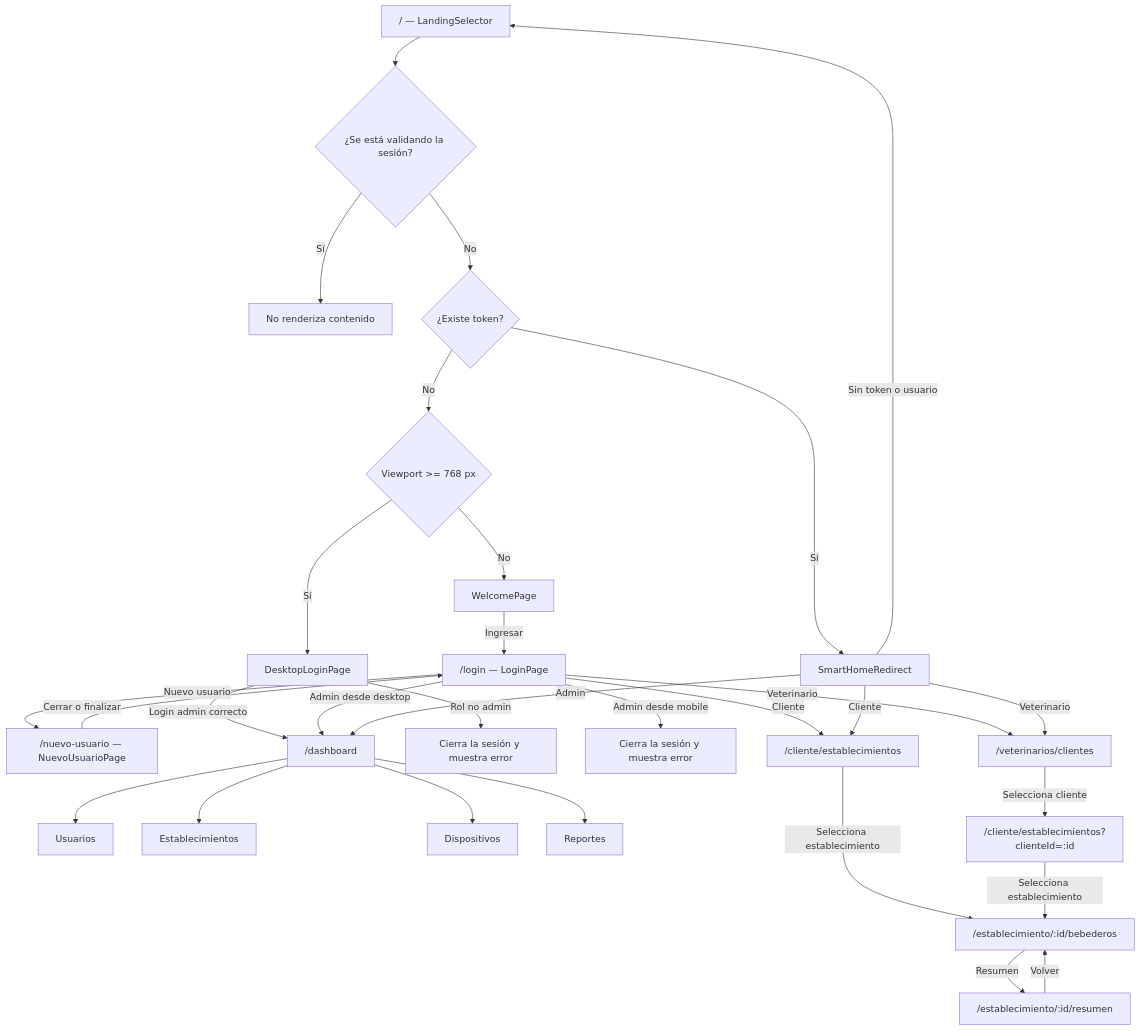
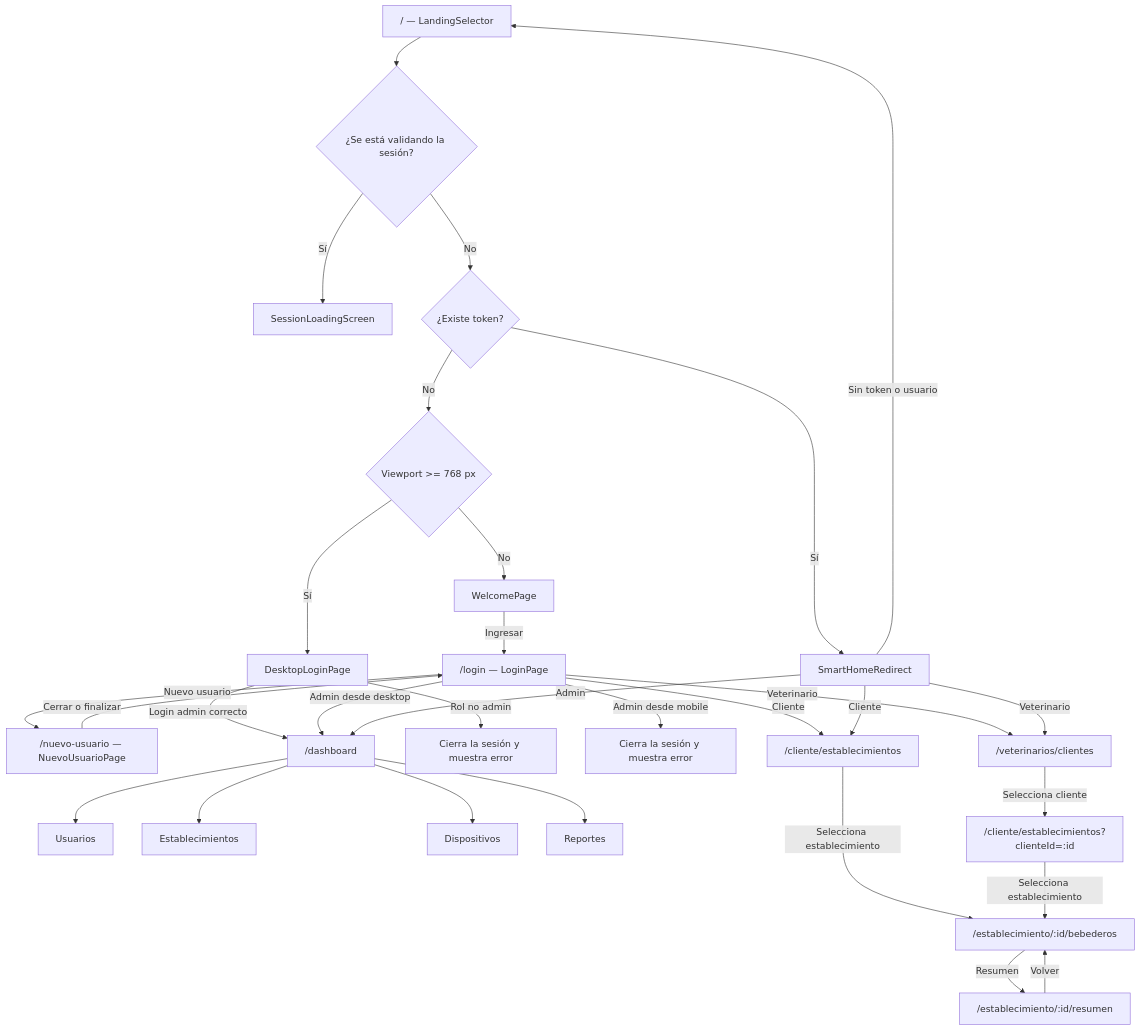
One commit to DanyTeruggi/PPS_Dosificador changed the first of 4 diagrams in frontend/FLUJO_NAVEGACION.md. Above: the diagram before and after it, drawn with Mermaid. The commit also changed other lines of this file and 28 other files, not shown here.

````diff
--- a/frontend/FLUJO_NAVEGACION.md
+++ b/frontend/FLUJO_NAVEGACION.md
@@ -18,39 +18,39 @@
 ```mermaid
 flowchart TD
     A["/ — LandingSelector"] --> B{"¿Se está validando la sesión?"}
-    B -->|Sí| C[No renderiza contenido]
+    B -->|Sí| C["SessionLoadingScreen"]
     B -->|No| D{"¿Existe token?"}
 
     D -->|Sí| E[SmartHomeRedirect]
     D -->|No| F{"Viewport >= 768 px"}
 
     F -->|Sí| G[DesktopLoginPage]
     F -->|No| H[WelcomePage]
     H -->|Ingresar| I["/login — LoginPage"]
     I -->|Nuevo usuario| J["/nuevo-usuario — NuevoUsuarioPage"]
     J -->|Cerrar o finalizar| I
 
     G -->|Login admin correcto| K["/dashboard"]
     G -->|Rol no admin| G1[Cierra la sesión y muestra error]
 
     I -->|Admin desde desktop| K
     I -->|Admin desde mobile| I1[Cierra la sesión y muestra error]
     I -->|Veterinario| L["/veterinarios/clientes"]
     I -->|Cliente| M["/cliente/establecimientos"]
 
     E -->|Admin| K
     E -->|Veterinario| L
     E -->|Cliente| M
     E -->|Sin token o usuario| A
 
     K --> K1[Usuarios]
     K --> K2[Establecimientos]
     K --> K3[Dispositivos]
     K --> K4[Reportes]
 
     L -->|Selecciona cliente| N["/cliente/establecimientos?clienteId=:id"]
     M -->|Selecciona establecimiento| O["/establecimiento/:id/bebederos"]
     N -->|Selecciona establecimiento| O
     O -->|Resumen| P["/establecimiento/:id/resumen"]
     P -->|Volver| O
 ```
````
